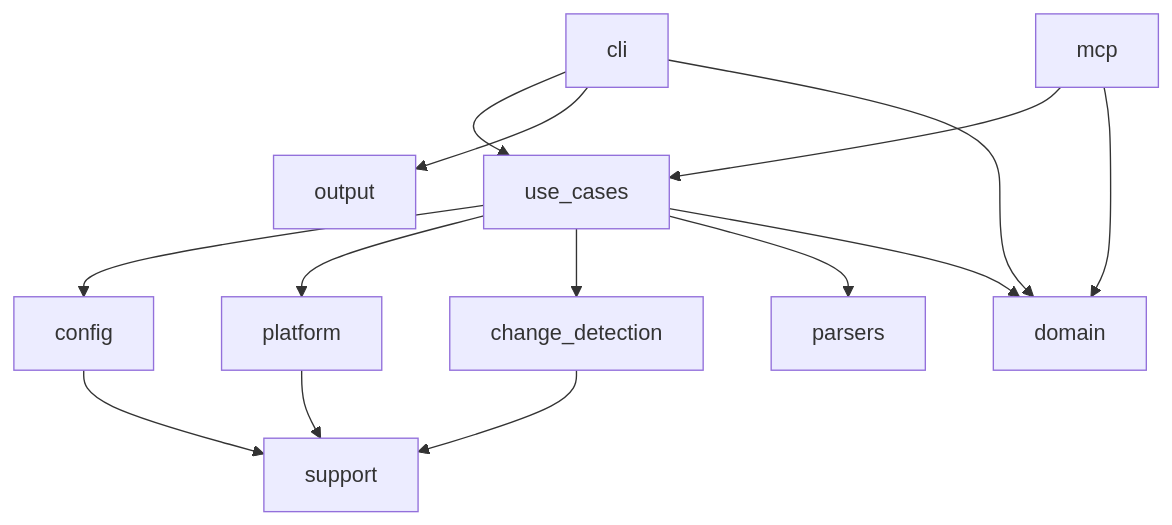
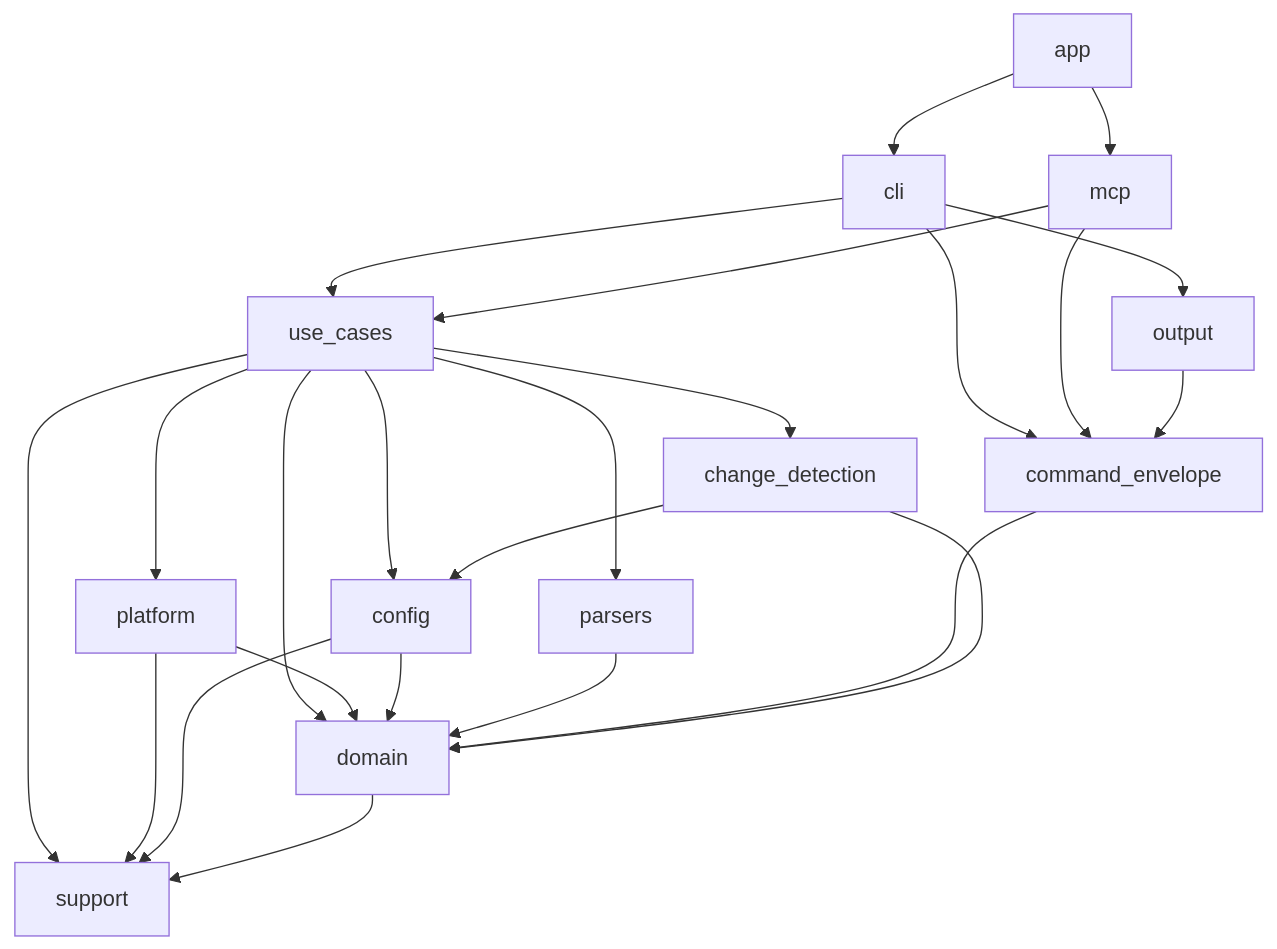
One commit to IngvarConsulting/v8-runner-rust changed the diagram in spec/arc42/05-building-block-view.md. Above: the diagram before and after it, drawn with Mermaid. The commit also changed other lines of this file and 28 other files, not shown here.

First line of the commit message:
docs(arc42): описание сверено с кодом, карта модулей одна — ARCHITECTURE.md снят (#292)

````diff
--- a/spec/arc42/05-building-block-view.md
+++ b/spec/arc42/05-building-block-view.md
@@ -17,16 +30,11 @@
 ```mermaid
 flowchart TB
-    CLI["cli"] --> UseCases["use_cases"]
-    MCP["mcp"] --> UseCases
-    CLI --> Output["output"]
-    UseCases --> Config["config"]
-    UseCases --> Platform["platform"]
-    UseCases --> Change["change_detection"]
-    UseCases --> Parsers["parsers"]
-    UseCases --> Domain["domain"]
-    MCP --> Domain
-    CLI --> Domain
-    Platform --> Support["support"]
-    Config --> Support
-    Change --> Support
+    app --> cli & mcp
+    cli & mcp --> use_cases
+    cli --> output
+    cli & mcp & output --> command_envelope
+    use_cases --> platform & change_detection & parsers & config & domain & support
+    platform & config & parsers & command_envelope --> domain
+    change_detection --> config & domain
+    platform & config & domain --> support
 ```
````
